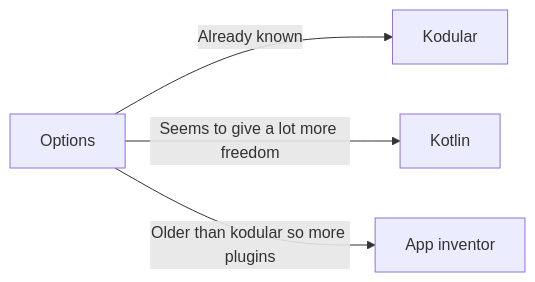
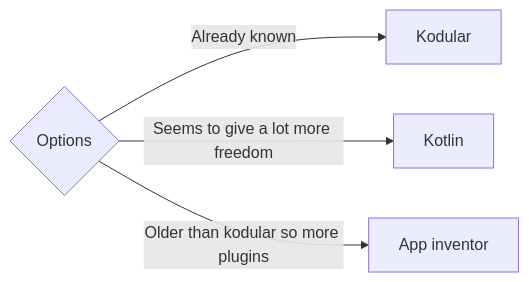
The diagram in README.md (thiago-o-dev/Mathrizes), drawn with Mermaid before and after one commit.

Commit message:
fix flowchart3

````diff
--- a/README.md
+++ b/README.md
@@ -7,7 +7,7 @@
 ```mermaid
 flowchart LR
 
-A[Options] -->|Already known| B[Kodular]
+A{Options} -->|Already known| B[Kodular]
 A -->|Seems to give a lot more freedom| C[Kotlin]
 A -->|Older than kodular so more plugins| D[App inventor]
 ```
````
